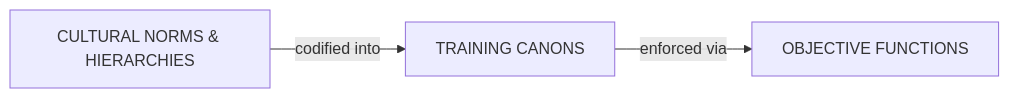
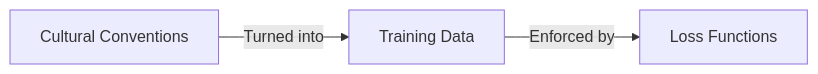
The third of 5 diagrams in _posts/2026-09-25-turing-queer-ai.md (mynameisjpg/mynameisjpg), drawn with Mermaid before and after one commit. The commit also changed other lines of this file and 12 other files, not shown here.

````diff
--- a/_posts/2026-09-25-turing-queer-ai.md
+++ b/_posts/2026-09-25-turing-queer-ai.md
@@ -121,5 +127,5 @@
 ```mermaid
 graph LR
-  A["CULTURAL NORMS & HIERARCHIES"] -->|"codified into"| B["TRAINING CANONS"]
-  B -->|"enforced via"| C["OBJECTIVE FUNCTIONS"]
+  A["Cultural Conventions"] -->|"Turned into"| B["Training Data"]
+  B -->|"Enforced by"| C["Loss Functions"]
 ```
````
